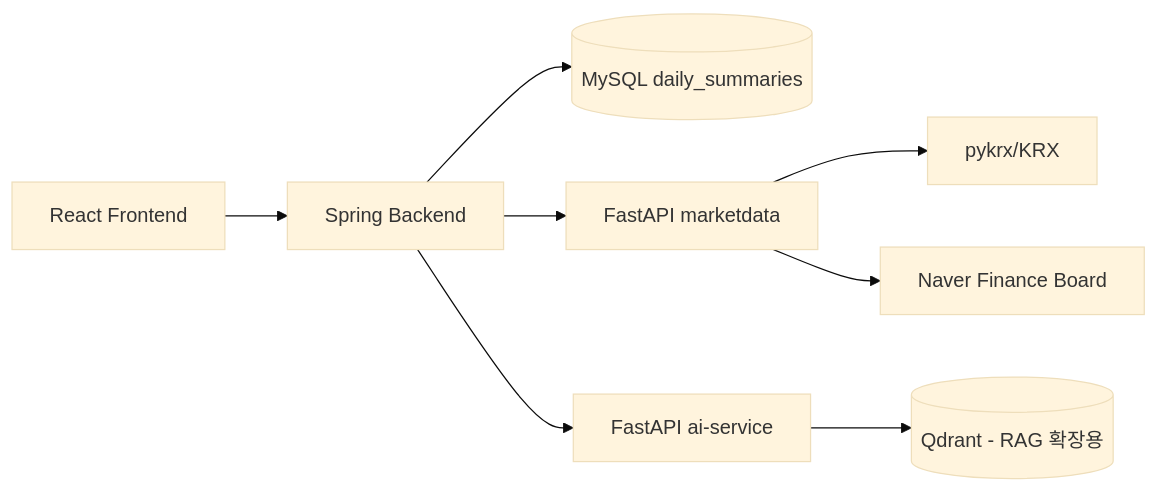
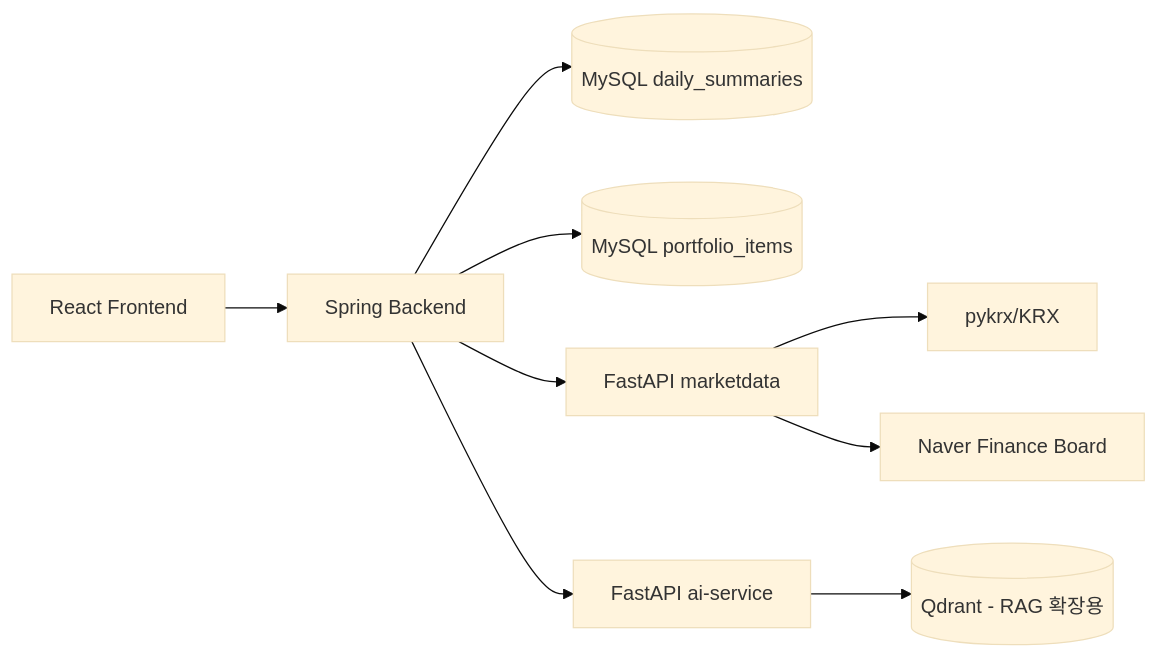
Before and after one commit to 8luerose/kr-stock-daily-brief: the second of 2 diagrams in docs/ERD.md, drawn with Mermaid (base theme). The commit also changed other lines of this file and 9 other files, not shown here.

````diff
--- a/docs/ERD.md
+++ b/docs/ERD.md
@@ -41,10 +51,11 @@
 ```mermaid
 flowchart LR
     UI[React Frontend] --> Backend[Spring Backend]
     Backend --> MySQL[(MySQL daily_summaries)]
+    Backend --> PortfolioMySQL[(MySQL portfolio_items)]
     Backend --> Marketdata[FastAPI marketdata]
     Backend --> AI[FastAPI ai-service]
     AI --> Qdrant[(Qdrant - RAG 확장용)]
     Marketdata --> KRX[pykrx/KRX]
     Marketdata --> Naver[Naver Finance Board]
 ```
````
